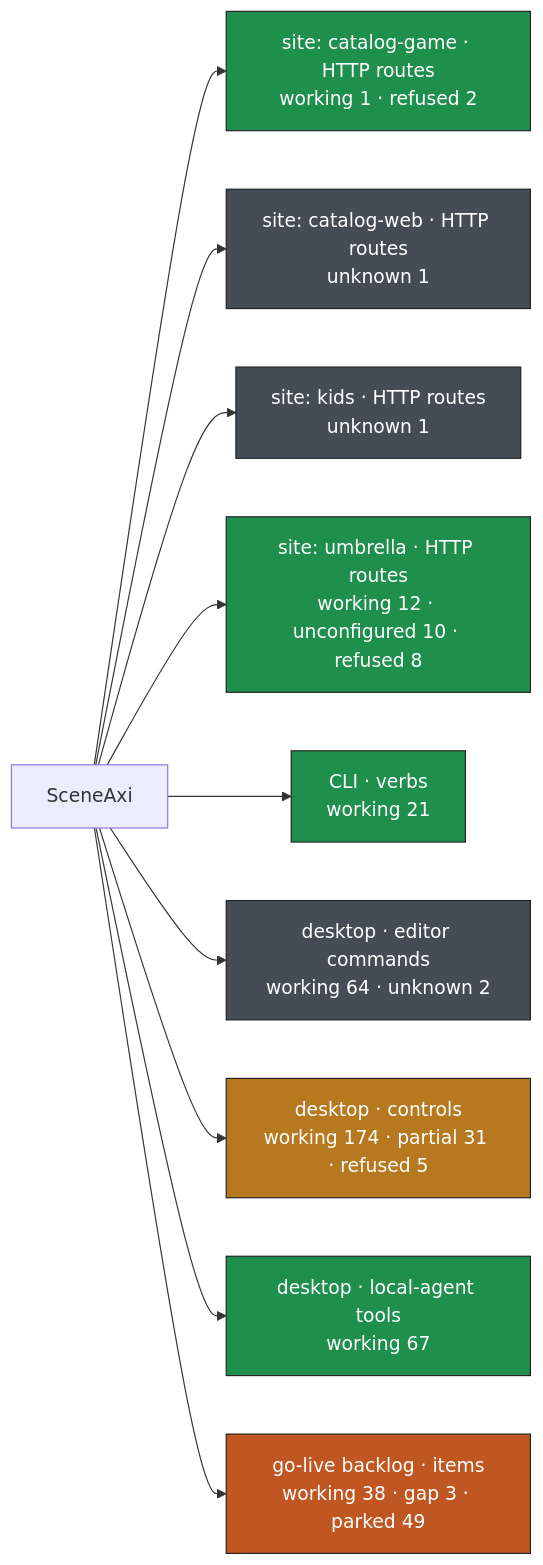
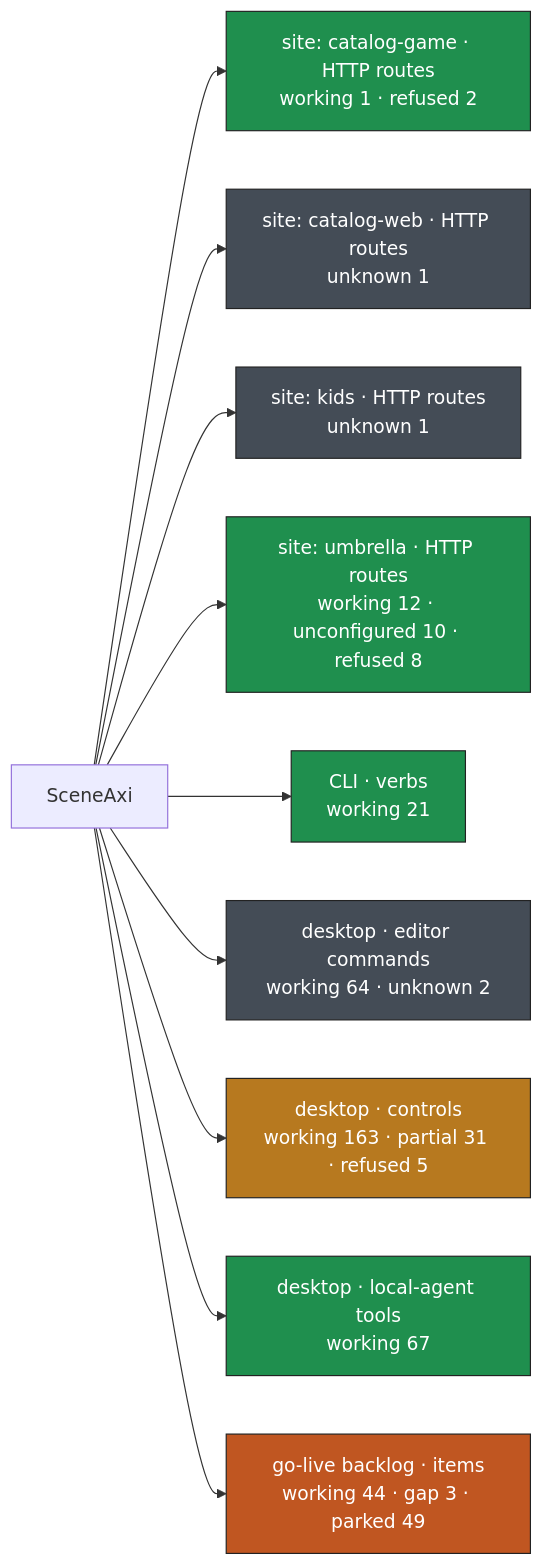
The diagram in docs/audits/surface-map.md (Vhailors/sceneaxi), drawn with Mermaid before and after one commit. The commit also changed other lines of this file and 4 other files, not shown here.

Commit message:
docs(audit): record go-live loop 2 — items 53/61/64 done, 91–93 found and fixed, graphmap regenerated

````diff
--- a/docs/audits/surface-map.md
+++ b/docs/audits/surface-map.md
@@ -9,30 +9,30 @@
 ```mermaid
 flowchart LR
   SA["SceneAxi"]
   SA --> site__catalog_game_HTTP_routes["site: catalog-game · HTTP routes<br/>working 1 · refused 2"]
   class site__catalog_game_HTTP_routes working
   SA --> site__catalog_web_HTTP_routes["site: catalog-web · HTTP routes<br/>unknown 1"]
   class site__catalog_web_HTTP_routes unknown
   SA --> site__kids_HTTP_routes["site: kids · HTTP routes<br/>unknown 1"]
   class site__kids_HTTP_routes unknown
   SA --> site__umbrella_HTTP_routes["site: umbrella · HTTP routes<br/>working 12 · unconfigured 10 · refused 8"]
   class site__umbrella_HTTP_routes working
   SA --> CLI_verbs["CLI · verbs<br/>working 21"]
   class CLI_verbs working
   SA --> desktop_editor_commands["desktop · editor commands<br/>working 64 · unknown 2"]
   class desktop_editor_commands unknown
-  SA --> desktop_controls["desktop · controls<br/>working 174 · partial 31 · refused 5"]
+  SA --> desktop_controls["desktop · controls<br/>working 163 · partial 31 · refused 5"]
   class desktop_controls partial
   SA --> desktop_local_agent_tools["desktop · local-agent tools<br/>working 67"]
   class desktop_local_agent_tools working
-  SA --> go_live_backlog_items["go-live backlog · items<br/>working 38 · gap 3 · parked 49"]
+  SA --> go_live_backlog_items["go-live backlog · items<br/>working 44 · gap 3 · parked 49"]
   class go_live_backlog_items gap
   classDef working fill:#1f8f4e,color:#fff,stroke:#222
   classDef partial fill:#b7791f,color:#fff,stroke:#222
   classDef unconfigured fill:#5a6b85,color:#fff,stroke:#222
   classDef refused fill:#6b5aa6,color:#fff,stroke:#222
   classDef gap fill:#c05621,color:#fff,stroke:#222
   classDef parked fill:#8a8f98,color:#fff,stroke:#222
   classDef unknown fill:#444c56,color:#fff,stroke:#222
   classDef broken fill:#c53030,color:#fff,stroke:#222
 ```
````
